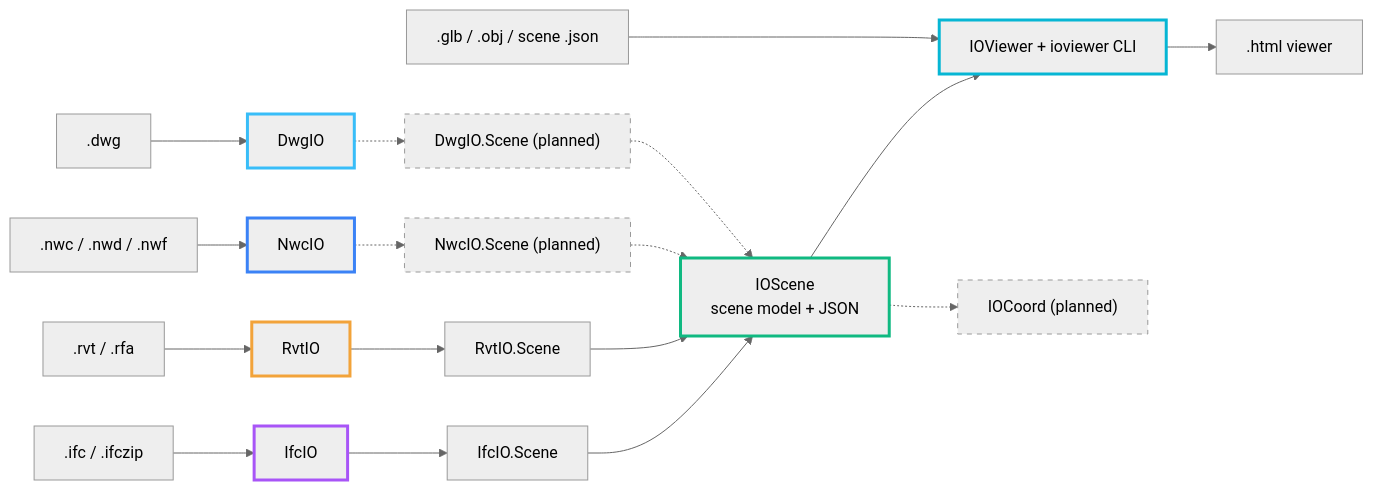
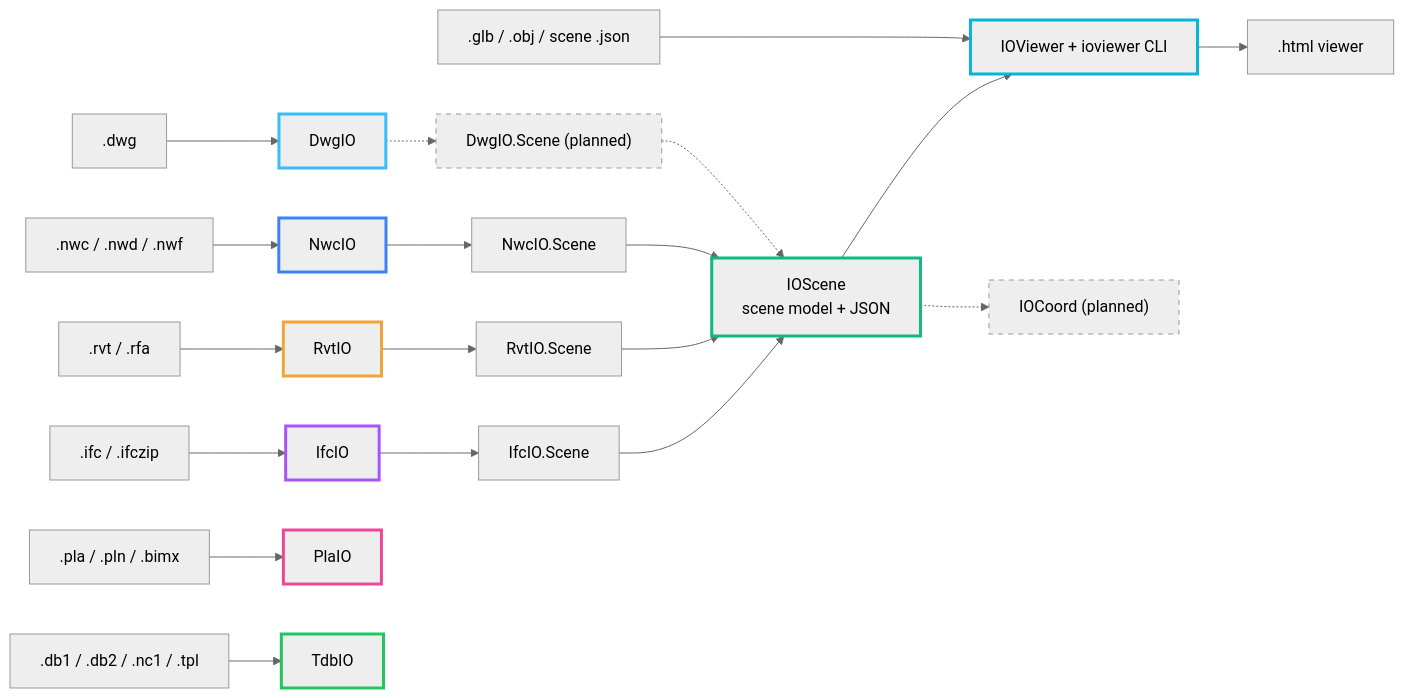
Before and after one commit to IOExtend/.github: the diagram in profile/README.md, drawn with Mermaid (neutral theme). The commit also changed other lines of this file, not shown here.

Commit message:
docs: show NwcIO.Scene 0.12.0, TdbIO and the current releases on the profile

````diff
--- a/profile/README.md
+++ b/profile/README.md
@@ -53,37 +54,43 @@
 ```mermaid
 flowchart LR
   ifc[".ifc / .ifczip"] --> IfcIO
   rvt[".rvt / .rfa"] --> RvtIO
   nwc[".nwc / .nwd / .nwf"] --> NwcIO
   dwg[".dwg"] --> DwgIO
+  pla[".pla / .pln / .bimx"] --> PlaIO
+  tdb[".db1 / .db2 / .nc1 / .tpl"] --> TdbIO
 
   IfcIO --> IfcIOScene["IfcIO.Scene"]
   RvtIO --> RvtIOScene["RvtIO.Scene"]
-  NwcIO -.-> NwcIOScene["NwcIO.Scene (planned)"]
+  NwcIO --> NwcIOScene["NwcIO.Scene"]
   DwgIO -.-> DwgIOScene["DwgIO.Scene (planned)"]
 
   IfcIOScene --> IOScene["IOScene<br/>scene model + JSON"]
   RvtIOScene --> IOScene
-  NwcIOScene -.-> IOScene
+  NwcIOScene --> IOScene
   DwgIOScene -.-> IOScene
 
   IOScene --> IOViewer["IOViewer + ioviewer CLI"]
   IOScene -.-> IOCoord["IOCoord (planned)"]
   files[".glb / .obj / scene .json"] ---> IOViewer
   IOViewer --> html[".html viewer"]
 
   classDef rvt stroke:#F2A33A,stroke-width:3px
   classDef nwc stroke:#3B82F6,stroke-width:3px
   classDef ifcio stroke:#A855F7,stroke-width:3px
   classDef dwgio stroke:#38BDF8,stroke-width:3px
+  classDef plaio stroke:#EC4899,stroke-width:3px
+  classDef tdbio stroke:#22C55E,stroke-width:3px
   classDef viewer stroke:#06B6D4,stroke-width:3px
   classDef scene stroke:#10B981,stroke-width:3px
   classDef planned stroke-dasharray: 5 5
   class RvtIO rvt
   class NwcIO nwc
   class IfcIO ifcio
   class DwgIO dwgio
+  class PlaIO plaio
+  class TdbIO tdbio
   class IOViewer viewer
   class IOScene scene
-  class NwcIOScene,DwgIOScene,IOCoord planned
+  class DwgIOScene,IOCoord planned
 ```
````
